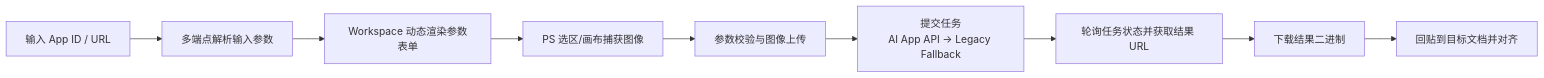
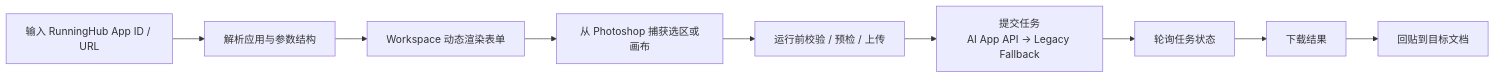
The diagram in README.md (XIAOTsune/PixelRunner), drawn with Mermaid before and after one commit. The commit also changed other lines of this file, not shown here.

````diff
--- a/README.md
+++ b/README.md
@@ -63,11 +87,11 @@
 ```mermaid
 flowchart LR
-  A[输入 App ID / URL] --> B[多端点解析输入参数]
-  B --> C[Workspace 动态渲染参数表单]
-  C --> D[PS 选区/画布捕获图像]
-  D --> E[参数校验与图像上传]
+  A[输入 RunningHub App ID / URL] --> B[解析应用与参数结构]
+  B --> C[Workspace 动态渲染表单]
+  C --> D[从 Photoshop 捕获选区或画布]
+  D --> E[运行前校验 / 预检 / 上传]
   E --> F[提交任务<br/>AI App API -> Legacy Fallback]
-  F --> G[轮询任务状态并获取结果 URL]
-  G --> H[下载结果二进制]
-  H --> I[回贴到目标文档并对齐]
+  F --> G[轮询任务状态]
+  G --> H[下载结果]
+  H --> I[回贴到目标文档]
 ```
````
